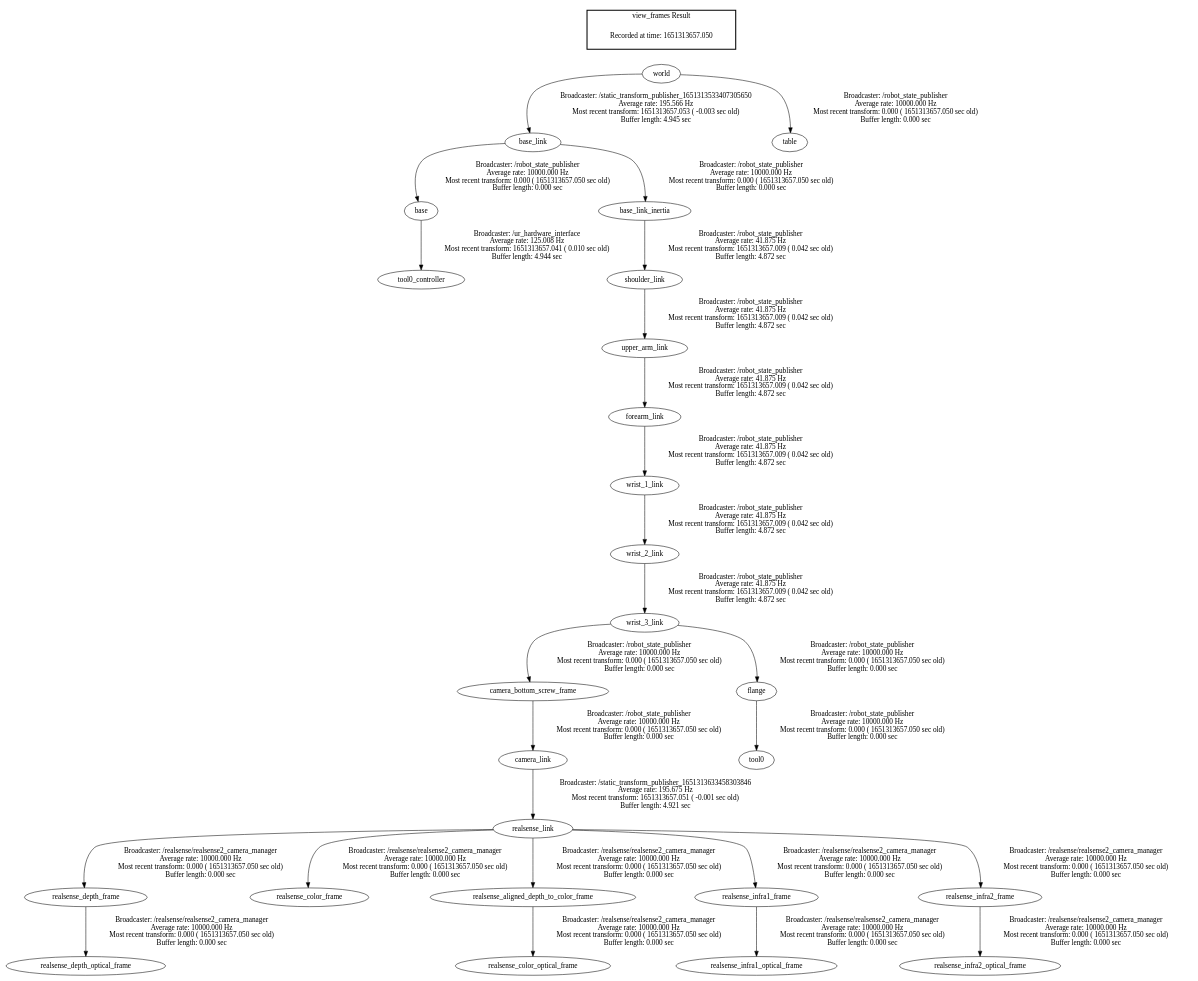
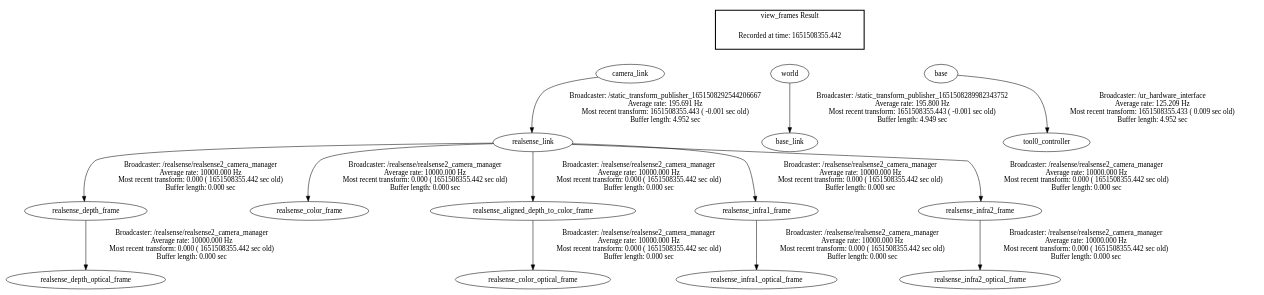
The diagram in frames.gv (Fajlix/Cobots-A), drawn with Graphviz before and after one commit. The commit also changed 21 other files, not shown here.

```diff
--- a/frames.gv
+++ b/frames.gv
@@ -1,31 +1,26 @@
 digraph G {
-"world" -> "base_link"[label="Broadcaster: /static_transform_publisher_1651313533407305650\nAverage rate: 195.566 Hz\nMost recent transform: 1651313657.053 ( -0.003 sec old)\nBuffer length: 4.945 sec\n"];
-"base" -> "tool0_controller"[label="Broadcaster: /ur_hardware_interface\nAverage rate: 125.008 Hz\nMost recent transform: 1651313657.041 ( 0.010 sec old)\nBuffer length: 4.944 sec\n"];
-"base_link" -> "base"[label="Broadcaster: /robot_state_publisher\nAverage rate: 10000.000 Hz\nMost recent transform: 0.000 ( 1651313657.050 sec old)\nBuffer length: 0.000 sec\n"];
-"camera_link" -> "realsense_link"[label="Broadcaster: /static_transform_publisher_1651313633458303846\nAverage rate: 195.675 Hz\nMost recent transform: 1651313657.051 ( -0.001 sec old)\nBuffer length: 4.921 sec\n"];
-"camera_bottom_screw_frame" -> "camera_link"[label="Broadcaster: /robot_state_publisher\nAverage rate: 10000.000 Hz\nMost recent transform: 0.000 ( 1651313657.050 sec old)\nBuffer length: 0.000 sec\n"];
-"base_link" -> "base_link_inertia"[label="Broadcaster: /robot_state_publisher\nAverage rate: 10000.000 Hz\nMost recent transform: 0.000 ( 1651313657.050 sec old)\nBuffer length: 0.000 sec\n"];
-"wrist_3_link" -> "camera_bottom_screw_frame"[label="Broadcaster: /robot_state_publisher\nAverage rate: 10000.000 Hz\nMost recent transform: 0.000 ( 1651313657.050 sec old)\nBuffer length: 0.000 sec\n"];
-"wrist_2_link" -> "wrist_3_link"[label="Broadcaster: /robot_state_publisher\nAverage rate: 41.875 Hz\nMost recent transform: 1651313657.009 ( 0.042 sec old)\nBuffer length: 4.872 sec\n"];
-"flange" -> "tool0"[label="Broadcaster: /robot_state_publisher\nAverage rate: 10000.000 Hz\nMost recent transform: 0.000 ( 1651313657.050 sec old)\nBuffer length: 0.000 sec\n"];
-"wrist_3_link" -> "flange"[label="Broadcaster: /robot_state_publisher\nAverage rate: 10000.000 Hz\nMost recent transform: 0.000 ( 1651313657.050 sec old)\nBuffer length: 0.000 sec\n"];
-"world" -> "table"[label="Broadcaster: /robot_state_publisher\nAverage rate: 10000.000 Hz\nMost recent transform: 0.000 ( 1651313657.050 sec old)\nBuffer length: 0.000 sec\n"];
-"upper_arm_link" -> "forearm_link"[label="Broadcaster: /robot_state_publisher\nAverage rate: 41.875 Hz\nMost recent transform: 1651313657.009 ( 0.042 sec old)\nBuffer length: 4.872 sec\n"];
-"shoulder_link" -> "upper_arm_link"[label="Broadcaster: /robot_state_publisher\nAverage rate: 41.875 Hz\nMost recent transform: 1651313657.009 ( 0.042 sec old)\nBuffer length: 4.872 sec\n"];
-"base_link_inertia" -> "shoulder_link"[label="Broadcaster: /robot_state_publisher\nAverage rate: 41.875 Hz\nMost recent transform: 1651313657.009 ( 0.042 sec old)\nBuffer length: 4.872 sec\n"];
-"forearm_link" -> "wrist_1_link"[label="Broadcaster: /robot_state_publisher\nAverage rate: 41.875 Hz\nMost recent transform: 1651313657.009 ( 0.042 sec old)\nBuffer length: 4.872 sec\n"];
-"wrist_1_link" -> "wrist_2_link"[label="Broadcaster: /robot_state_publisher\nAverage rate: 41.875 Hz\nMost recent transform: 1651313657.009 ( 0.042 sec old)\nBuffer length: 4.872 sec\n"];
-"realsense_link" -> "realsense_depth_frame"[label="Broadcaster: /realsense/realsense2_camera_manager\nAverage rate: 10000.000 Hz\nMost recent transform: 0.000 ( 1651313657.050 sec old)\nBuffer length: 0.000 sec\n"];
-"realsense_depth_frame" -> "realsense_depth_optical_frame"[label="Broadcaster: /realsense/realsense2_camera_manager\nAverage rate: 10000.000 Hz\nMost recent transform: 0.000 ( 1651313657.050 sec old)\nBuffer length: 0.000 sec\n"];
-"realsense_link" -> "realsense_color_frame"[label="Broadcaster: /realsense/realsense2_camera_manager\nAverage rate: 10000.000 Hz\nMost recent transform: 0.000 ( 1651313657.050 sec old)\nBuffer length: 0.000 sec\n"];
-"realsense_aligned_depth_to_color_frame" -> "realsense_color_optical_frame"[label="Broadcaster: /realsense/realsense2_camera_manager\nAverage rate: 10000.000 Hz\nMost recent transform: 0.000 ( 1651313657.050 sec old)\nBuffer length: 0.000 sec\n"];
-"realsense_link" -> "realsense_aligned_depth_to_color_frame"[label="Broadcaster: /realsense/realsense2_camera_manager\nAverage rate: 10000.000 Hz\nMost recent transform: 0.000 ( 1651313657.050 sec old)\nBuffer length: 0.000 sec\n"];
-"realsense_link" -> "realsense_infra1_frame"[label="Broadcaster: /realsense/realsense2_camera_manager\nAverage rate: 10000.000 Hz\nMost recent transform: 0.000 ( 1651313657.050 sec old)\nBuffer length: 0.000 sec\n"];
-"realsense_infra1_frame" -> "realsense_infra1_optical_frame"[label="Broadcaster: /realsense/realsense2_camera_manager\nAverage rate: 10000.000 Hz\nMost recent transform: 0.000 ( 1651313657.050 sec old)\nBuffer length: 0.000 sec\n"];
-"realsense_link" -> "realsense_infra2_frame"[label="Broadcaster: /realsense/realsense2_camera_manager\nAverage rate: 10000.000 Hz\nMost recent transform: 0.000 ( 1651313657.050 sec old)\nBuffer length: 0.000 sec\n"];
-"realsense_infra2_frame" -> "realsense_infra2_optical_frame"[label="Broadcaster: /realsense/realsense2_camera_manager\nAverage rate: 10000.000 Hz\nMost recent transform: 0.000 ( 1651313657.050 sec old)\nBuffer length: 0.000 sec\n"];
+"camera_link" -> "realsense_link"[label="Broadcaster: /static_transform_publisher_1651508292544206667\nAverage rate: 195.691 Hz\nMost recent transform: 1651508355.443 ( -0.001 sec old)\nBuffer length: 4.952 sec\n"];
+"world" -> "base_link"[label="Broadcaster: /static_transform_publisher_1651508289982343752\nAverage rate: 195.800 Hz\nMost recent transform: 1651508355.443 ( -0.001 sec old)\nBuffer length: 4.949 sec\n"];
+"base" -> "tool0_controller"[label="Broadcaster: /ur_hardware_interface\nAverage rate: 125.209 Hz\nMost recent transform: 1651508355.433 ( 0.009 sec old)\nBuffer length: 4.952 sec\n"];
+"realsense_link" -> "realsense_depth_frame"[label="Broadcaster: /realsense/realsense2_camera_manager\nAverage rate: 10000.000 Hz\nMost recent transform: 0.000 ( 1651508355.442 sec old)\nBuffer length: 0.000 sec\n"];
+"realsense_depth_frame" -> "realsense_depth_optical_frame"[label="Broadcaster: /realsense/realsense2_camera_manager\nAverage rate: 10000.000 Hz\nMost recent transform: 0.000 ( 1651508355.442 sec old)\nBuffer length: 0.000 sec\n"];
+"realsense_link" -> "realsense_color_frame"[label="Broadcaster: /realsense/realsense2_camera_manager\nAverage rate: 10000.000 Hz\nMost recent transform: 0.000 ( 1651508355.442 sec old)\nBuffer length: 0.000 sec\n"];
+"realsense_aligned_depth_to_color_frame" -> "realsense_color_optical_frame"[label="Broadcaster: /realsense/realsense2_camera_manager\nAverage rate: 10000.000 Hz\nMost recent transform: 0.000 ( 1651508355.442 sec old)\nBuffer length: 0.000 sec\n"];
+"realsense_link" -> "realsense_aligned_depth_to_color_frame"[label="Broadcaster: /realsense/realsense2_camera_manager\nAverage rate: 10000.000 Hz\nMost recent transform: 0.000 ( 1651508355.442 sec old)\nBuffer length: 0.000 sec\n"];
+"realsense_link" -> "realsense_infra1_frame"[label="Broadcaster: /realsense/realsense2_camera_manager\nAverage rate: 10000.000 Hz\nMost recent transform: 0.000 ( 1651508355.442 sec old)\nBuffer length: 0.000 sec\n"];
+"realsense_infra1_frame" -> "realsense_infra1_optical_frame"[label="Broadcaster: /realsense/realsense2_camera_manager\nAverage rate: 10000.000 Hz\nMost recent transform: 0.000 ( 1651508355.442 sec old)\nBuffer length: 0.000 sec\n"];
+"realsense_link" -> "realsense_infra2_frame"[label="Broadcaster: /realsense/realsense2_camera_manager\nAverage rate: 10000.000 Hz\nMost recent transform: 0.000 ( 1651508355.442 sec old)\nBuffer length: 0.000 sec\n"];
+"realsense_infra2_frame" -> "realsense_infra2_optical_frame"[label="Broadcaster: /realsense/realsense2_camera_manager\nAverage rate: 10000.000 Hz\nMost recent transform: 0.000 ( 1651508355.442 sec old)\nBuffer length: 0.000 sec\n"];
 edge [style=invis];
  subgraph cluster_legend { style=bold; color=black; label ="view_frames Result";
-"Recorded at time: 1651313657.050"[ shape=plaintext ] ;
+"Recorded at time: 1651508355.442"[ shape=plaintext ] ;
+ }->"camera_link";
+edge [style=invis];
+ subgraph cluster_legend { style=bold; color=black; label ="view_frames Result";
+"Recorded at time: 1651508355.442"[ shape=plaintext ] ;
  }->"world";
+edge [style=invis];
+ subgraph cluster_legend { style=bold; color=black; label ="view_frames Result";
+"Recorded at time: 1651508355.442"[ shape=plaintext ] ;
+ }->"base";
 }
```
